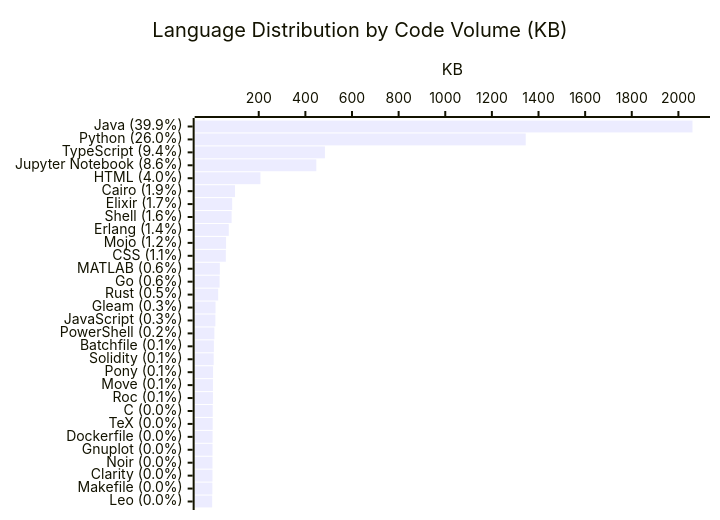
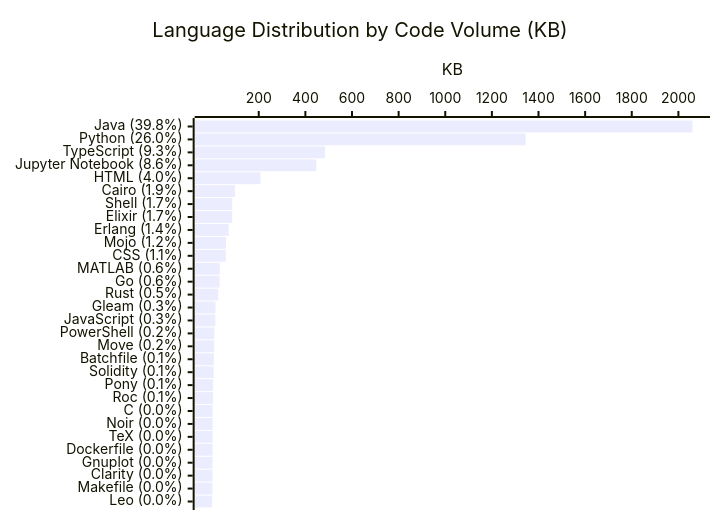
One commit to KathiraveluLab/.github changed the diagram in profile/README.md. Above: the diagram before and after it, drawn with Mermaid. The commit also changed other lines of this file and 1 other file, not shown here.

````diff
--- a/profile/README.md
+++ b/profile/README.md
@@ -64,7 +64,7 @@
 ```mermaid
 xychart-beta horizontal
     title "Language Distribution by Code Volume (KB)"
-    x-axis ["Java (39.9%)", "Python (26.0%)", "TypeScript (9.4%)", "Jupyter Notebook (8.6%)", "HTML (4.0%)", "Cairo (1.9%)", "Elixir (1.7%)", "Shell (1.6%)", "Erlang (1.4%)", "Mojo (1.2%)", "CSS (1.1%)", "MATLAB (0.6%)", "Go (0.6%)", "Rust (0.5%)", "Gleam (0.3%)", "JavaScript (0.3%)", "PowerShell (0.2%)", "Batchfile (0.1%)", "Solidity (0.1%)", "Pony (0.1%)", "Move (0.1%)", "Roc (0.1%)", "C (0.0%)", "TeX (0.0%)", "Dockerfile (0.0%)", "Gnuplot (0.0%)", "Noir (0.0%)", "Clarity (0.0%)", "Makefile (0.0%)", "Leo (0.0%)"]
+    x-axis ["Java (39.8%)", "Python (26.0%)", "TypeScript (9.3%)", "Jupyter Notebook (8.6%)", "HTML (4.0%)", "Cairo (1.9%)", "Shell (1.7%)", "Elixir (1.7%)", "Erlang (1.4%)", "Mojo (1.2%)", "CSS (1.1%)", "MATLAB (0.6%)", "Go (0.6%)", "Rust (0.5%)", "Gleam (0.3%)", "JavaScript (0.3%)", "PowerShell (0.2%)", "Move (0.2%)", "Batchfile (0.1%)", "Solidity (0.1%)", "Pony (0.1%)", "Roc (0.1%)", "C (0.0%)", "Noir (0.0%)", "TeX (0.0%)", "Dockerfile (0.0%)", "Gnuplot (0.0%)", "Clarity (0.0%)", "Makefile (0.0%)", "Leo (0.0%)"]
     y-axis "KB"
-    bar [2060.38, 1345.16, 483.75, 446.9, 207.27, 98.21, 85.96, 83.7, 71.37, 59.95, 58.73, 33.04, 32.03, 26.08, 14.61, 13.89, 9.6, 7.42, 6.65, 4.14, 3.54, 3.37, 2.58, 2.29, 2.01, 1.82, 1.55, 1.53, 0.99, 0.27]
+    bar [2060.41, 1345.16, 483.75, 446.9, 207.27, 98.21, 86.54, 85.96, 71.37, 59.84, 58.73, 33.04, 32.03, 26.08, 14.6, 13.89, 9.6, 8.83, 7.42, 6.65, 4.14, 4.09, 2.58, 2.46, 2.29, 2.01, 1.82, 1.53, 0.99, 0.27]
 ```
````
